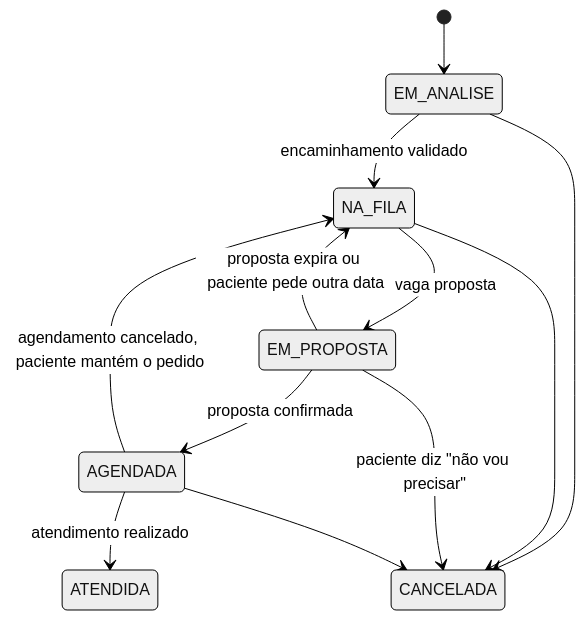
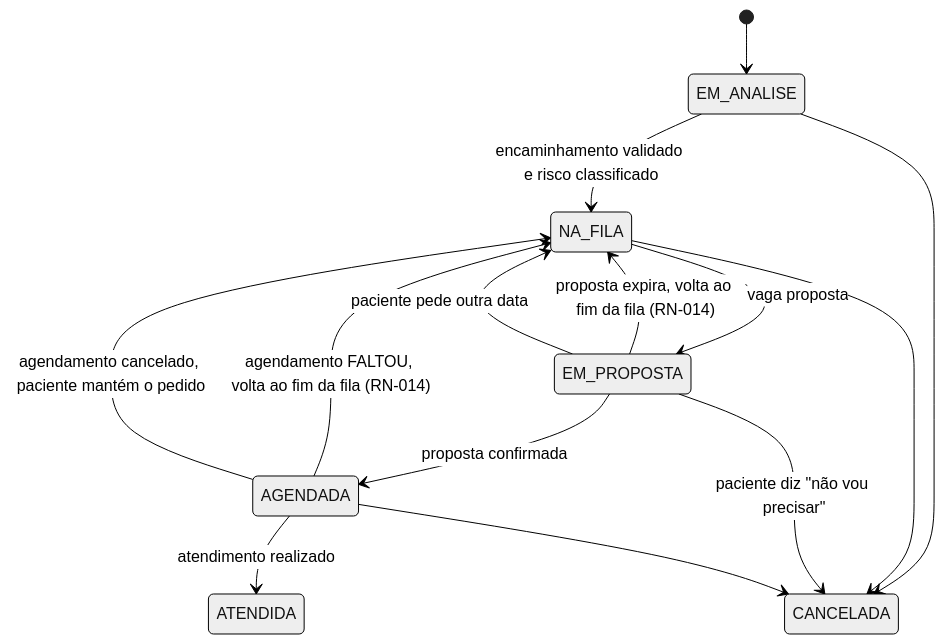
One commit to JoaoAzevedo184/Central-Saude-UPE changed the second of 2 diagrams in docs/requirements/business-rules.md. Above: the diagram before and after it, drawn with Mermaid (neutral theme). The commit also changed other lines of this file and 2 other files, not shown here.

````diff
--- a/docs/requirements/business-rules.md
+++ b/docs/requirements/business-rules.md
@@ -24,14 +26,16 @@
 ```mermaid
 stateDiagram-v2
   [*] --> EM_ANALISE
-  EM_ANALISE --> NA_FILA: encaminhamento validado
+  EM_ANALISE --> NA_FILA: encaminhamento validado e risco classificado
   NA_FILA --> EM_PROPOSTA: vaga proposta
   EM_PROPOSTA --> AGENDADA: proposta confirmada
-  EM_PROPOSTA --> NA_FILA: proposta expira ou paciente pede outra data
+  EM_PROPOSTA --> NA_FILA: proposta expira, volta ao fim da fila (RN-014)
+  EM_PROPOSTA --> NA_FILA: paciente pede outra data
+  AGENDADA --> NA_FILA: agendamento FALTOU, volta ao fim da fila (RN-014)
   AGENDADA --> NA_FILA: agendamento cancelado, paciente mantém o pedido
   AGENDADA --> ATENDIDA: atendimento realizado
   EM_ANALISE --> CANCELADA
   NA_FILA --> CANCELADA
   EM_PROPOSTA --> CANCELADA: paciente diz "não vou precisar"
   AGENDADA --> CANCELADA
 ```
````
